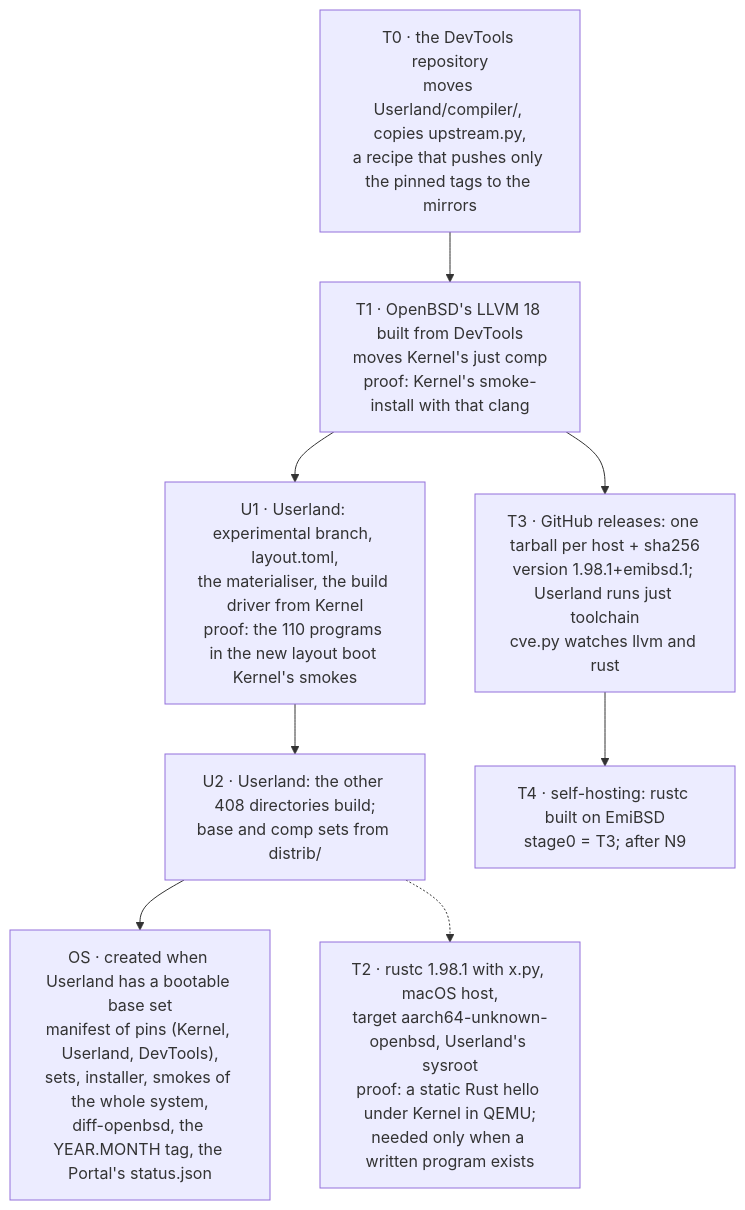
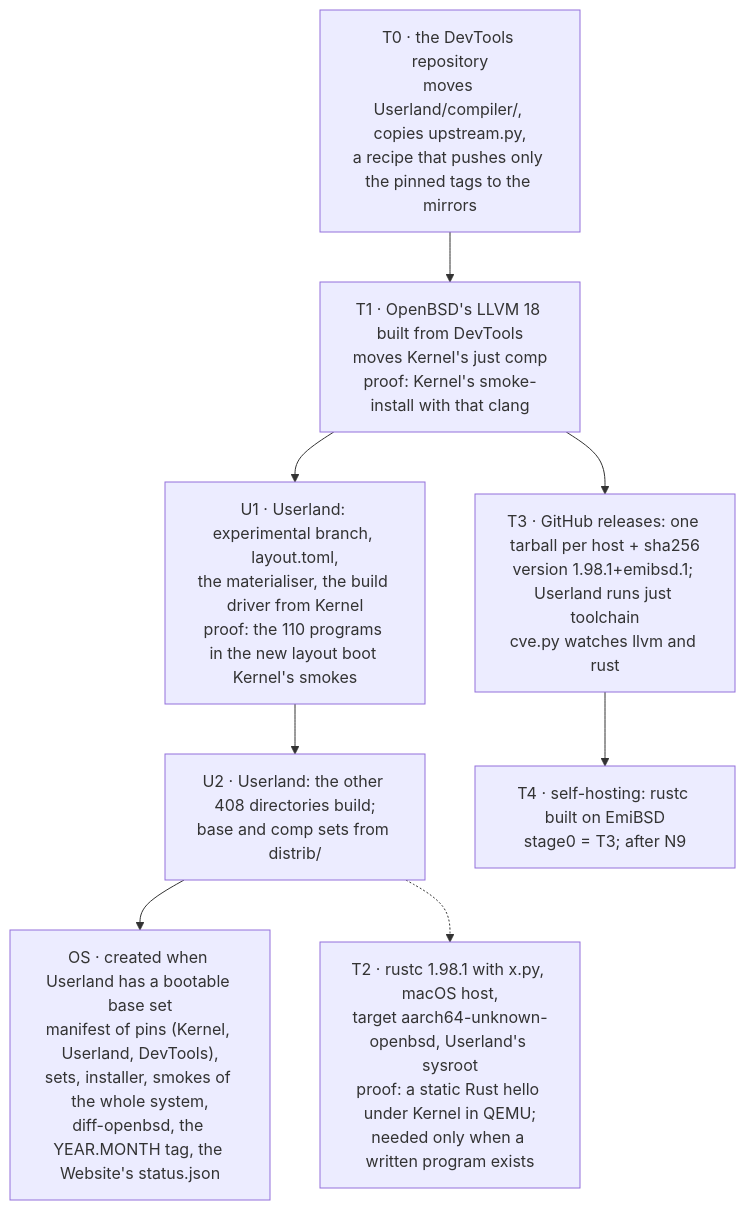
One commit to EmiBSD/Governance changed the third of 3 diagrams in docs/architecture.md. Above: the diagram before and after it, drawn with Mermaid. The commit also changed other lines of this file and 9 other files, not shown here.

First line of the commit message:
governance: DevTools exists, Portal is Website

````diff
--- a/docs/architecture.md
+++ b/docs/architecture.md
@@ -109,15 +109,15 @@
 ```mermaid
 flowchart TB
     T0["T0 · the DevTools repository<br/>moves Userland/compiler/, copies upstream.py,<br/>a recipe that pushes only the pinned tags to the mirrors"]
     T1["T1 · OpenBSD's LLVM 18 built from DevTools<br/>moves Kernel's just comp<br/>proof: Kernel's smoke-install with that clang"]
     U1["U1 · Userland: experimental branch, layout.toml,<br/>the materialiser, the build driver from Kernel<br/>proof: the 110 programs in the new layout boot Kernel's smokes"]
     U2["U2 · Userland: the other 408 directories build;<br/>base and comp sets from distrib/"]
     T2["T2 · rustc 1.98.1 with x.py, macOS host,<br/>target aarch64-unknown-openbsd, Userland's sysroot<br/>proof: a static Rust hello under Kernel in QEMU;<br/>needed only when a written program exists"]
     T3["T3 · GitHub releases: one tarball per host + sha256<br/>version 1.98.1+emibsd.1; Userland runs just toolchain<br/>cve.py watches llvm and rust"]
     T4["T4 · self-hosting: rustc built on EmiBSD<br/>stage0 = T3; after N9"]
-    R0["OS · created when Userland has a bootable base set<br/>manifest of pins (Kernel, Userland, DevTools),<br/>sets, installer, smokes of the whole system,<br/>diff-openbsd, the YEAR.MONTH tag, the Portal's status.json"]
+    R0["OS · created when Userland has a bootable base set<br/>manifest of pins (Kernel, Userland, DevTools),<br/>sets, installer, smokes of the whole system,<br/>diff-openbsd, the YEAR.MONTH tag, the Website's status.json"]
 
     T0 --> T1 --> U1 --> U2 --> R0
     T1 --> T3 --> T4
     U2 -.-> T2
 ```
````
